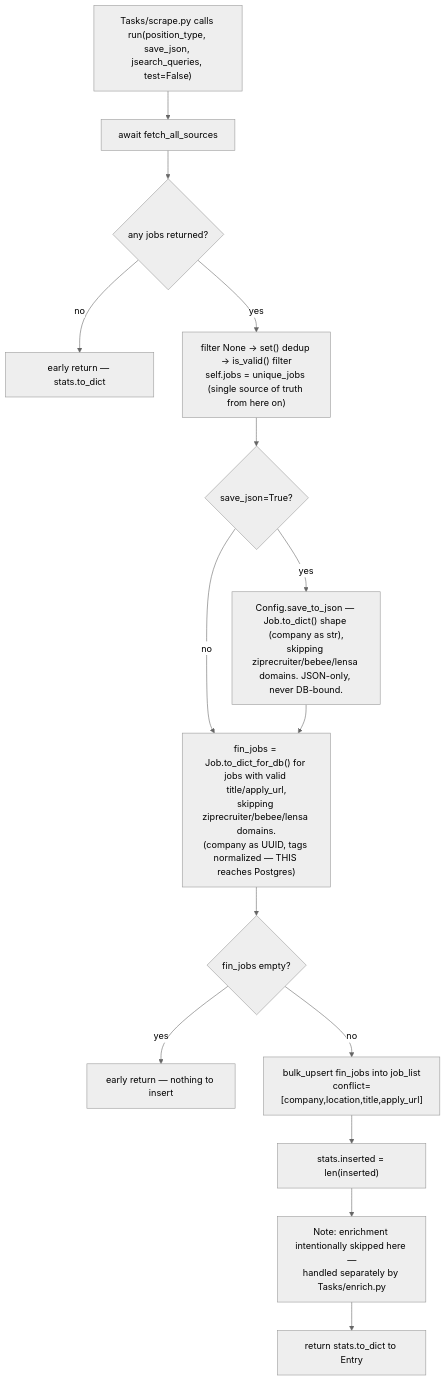
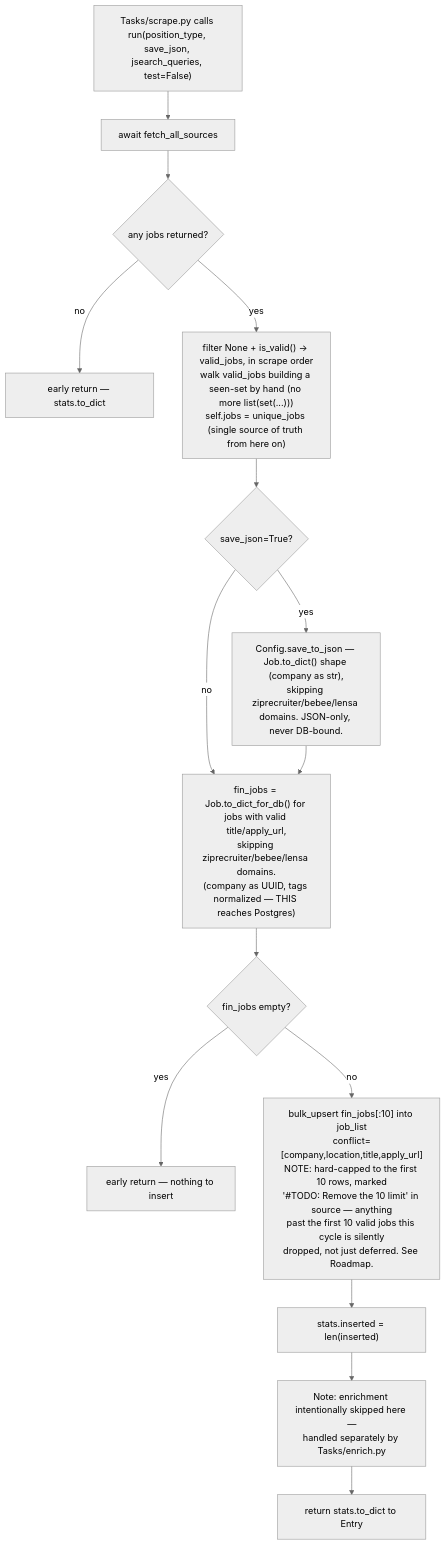
One commit to AustinDwomoh/libra changed the fourth of 5 diagrams in docs/diagrams/azalea_seq.md. Above: the diagram before and after it, drawn with Mermaid (neutral theme). The commit also changed other lines of this file and 27 other files, not shown here.

````diff
--- a/docs/diagrams/azalea_seq.md
+++ b/docs/diagrams/azalea_seq.md
@@ -47,20 +52,20 @@
 ```mermaid
 %% flowchart — run() PRODUCTION mode (test=False): fetch → dedup → JSON → DB
 %% Enrichment does NOT happen here by design — see Tasks/enrich.py /
 %% the separate GitHub Actions "enrich" job instead.
 flowchart TD
     A["Tasks/scrape.py calls run(position_type, save_json, jsearch_queries, test=False)"] --> B[await fetch_all_sources]
     B --> C{any jobs returned?}
     C -->|no| Z1[early return — stats.to_dict]
-    C -->|yes| D["filter None → set() dedup → is_valid() filter<br/>self.jobs = unique_jobs (single source of truth from here on)"]
+    C -->|yes| D["filter None + is_valid() → valid_jobs, in scrape order<br/>walk valid_jobs building a seen-set by hand (no more list(set(...)))<br/>self.jobs = unique_jobs (single source of truth from here on)"]
     D --> E{save_json=True?}
     E -->|yes| F["Config.save_to_json — Job.to_dict() shape (company as str),<br/>skipping ziprecruiter/bebee/lensa domains. JSON-only, never DB-bound."]
     E -->|no| G["fin_jobs = Job.to_dict_for_db() for jobs with valid title/apply_url,<br/>skipping ziprecruiter/bebee/lensa domains.<br/>(company as UUID, tags normalized — THIS reaches Postgres)"]
     F --> G
     G --> H{fin_jobs empty?}
     H -->|yes| Z2[early return — nothing to insert]
-    H -->|no| I["bulk_upsert fin_jobs into job_list<br/>conflict=[company,location,title,apply_url]"]
+    H -->|no| I["bulk_upsert fin_jobs[:10] into job_list<br/>conflict=[company,location,title,apply_url]<br/>NOTE: hard-capped to the first 10 rows, marked\n'#TODO: Remove the 10 limit' in source — anything\npast the first 10 valid jobs this cycle is silently\ndropped, not just deferred. See Roadmap."]
     I --> J["stats.inserted = len(inserted)"]
     J --> K["Note: enrichment intentionally skipped here —<br/>handled separately by Tasks/enrich.py"]
     K --> L[return stats.to_dict to Entry]
 ```
````
